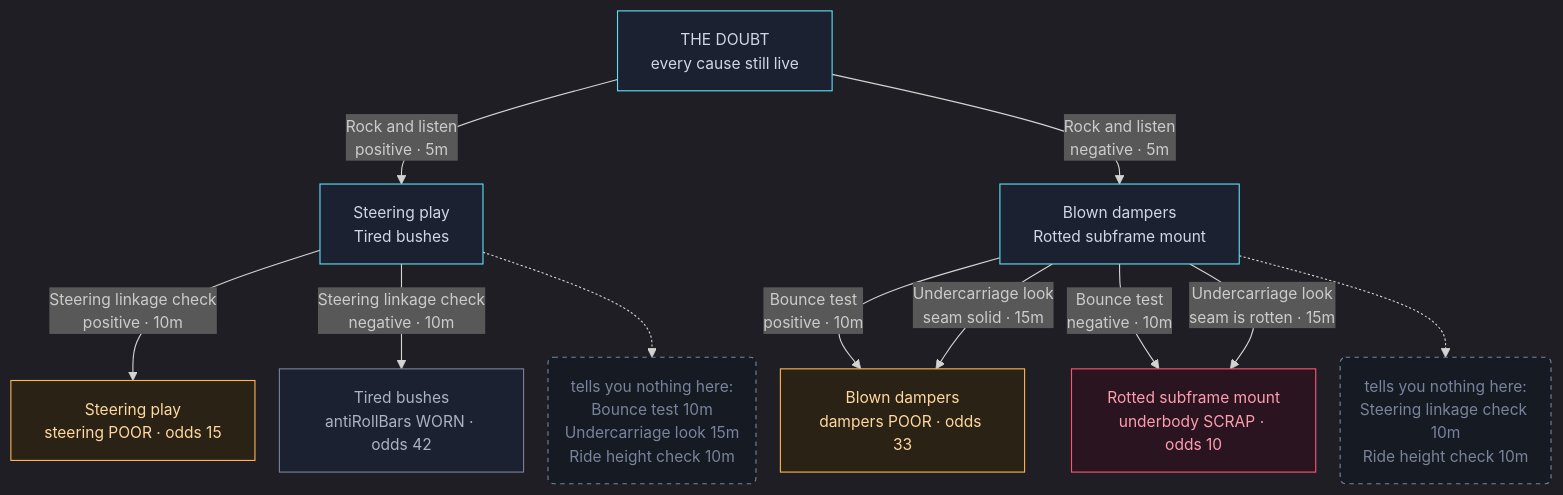
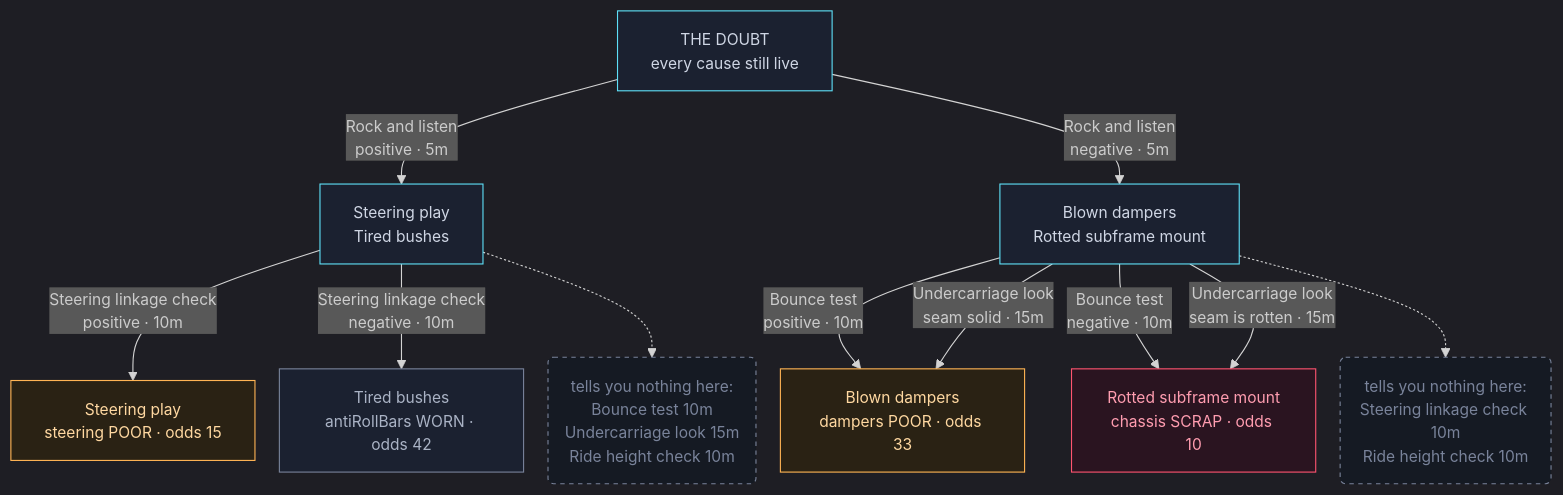
The sixth of 17 diagrams in docs/design/systems/failure-map.generated.md (DashDev151/midnight_garage), drawn with Mermaid before and after one commit. The commit also changed other lines of this file and 86 other files, not shown here.

````diff
--- a/docs/design/systems/failure-map.generated.md
+++ b/docs/design/systems/failure-map.generated.md
@@ -283,29 +283,29 @@
 ```mermaid
 %%{init: {'theme':'dark','themeVariables':{'fontFamily':'monospace','fontSize':'14px'},'flowchart':{'useMaxWidth':false,'nodeSpacing':22,'rankSpacing':42,'wrappingWidth':160}}}%%
 flowchart TD
   S0["THE DOUBT<br/>every cause still live"]:::state
   S1["Steering play<br/>Tired bushes"]:::state
   S2["Blown dampers<br/>Rotted subframe mount"]:::state
   S3["Steering play<br/>steering POOR · odds 15"]:::mid
   S4["Tired bushes<br/>antiRollBars WORN · odds 42"]:::mild
   S5["Blown dampers<br/>dampers POOR · odds 33"]:::mid
-  S6["Rotted subframe mount<br/>underbody SCRAP · odds 10"]:::grenade
+  S6["Rotted subframe mount<br/>chassis SCRAP · odds 10"]:::grenade
   S0 -->|"Rock and listen<br/>positive · 5m"| S1
   S0 -->|"Rock and listen<br/>negative · 5m"| S2
   S1 -->|"Steering linkage check<br/>positive · 10m"| S3
   S1 -->|"Steering linkage check<br/>negative · 10m"| S4
   S2 -->|"Bounce test<br/>positive · 10m"| S5
   S2 -->|"Bounce test<br/>negative · 10m"| S6
   S2 -->|"Undercarriage look<br/>seam is rotten · 15m"| S6
   S2 -->|"Undercarriage look<br/>seam solid · 15m"| S5
   W0("tells you nothing here:<br/>Bounce test 10m<br/>Undercarriage look 15m<br/>Ride height check 10m"):::waste
   S1 -.-> W0
   W1("tells you nothing here:<br/>Steering linkage check 10m<br/>Ride height check 10m"):::waste
   S2 -.-> W1
   classDef state fill:#1b2130,stroke:#5ee0f7,color:#cfd6e4
   classDef grenade fill:#2a1420,stroke:#ff5470,color:#ff9db0
   classDef gem fill:#14261b,stroke:#7ed491,color:#a9e8bb
   classDef mid fill:#2a2214,stroke:#ffb454,color:#ffd8a1
   classDef mild fill:#1b2130,stroke:#79839a,color:#aab3c5
   classDef waste fill:#151a23,stroke:#79839a,color:#79839a,stroke-dasharray:4 4
 ```
````
